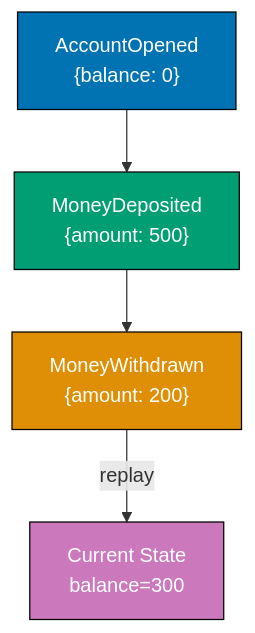
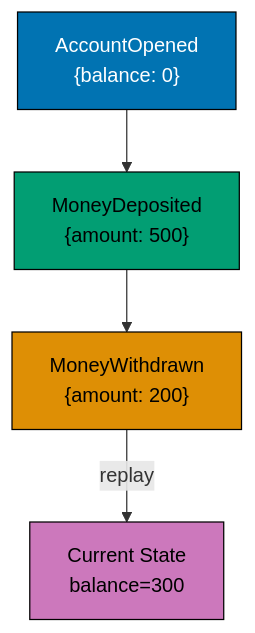
Diagram 11 of 18 in apps/ayokoding-www/content/en/learn/legacy/software-engineering/software-architecture/patterns-and-principles/in-oop-by-example/advanced.md (wahidyankf/ose-public), drawn with Mermaid before and after one commit. The commit also changed other lines of this file and 78 other files, not shown here.

First line of the commit message:
fix(mermaid): bring the remaining legacy software-engineering diagrams onto the accessible palette

````diff
--- a/apps/ayokoding-www/content/en/learn/legacy/software-engineering/software-architecture/patterns-and-principles/in-oop-by-example/advanced.md
+++ b/apps/ayokoding-www/content/en/learn/legacy/software-engineering/software-architecture/patterns-and-principles/in-oop-by-example/advanced.md
@@ -3386,14 +3440,21 @@
 ```mermaid
 graph TD
+    accTitle: Example 70: Event Sourcing Implementation
+    accDescr: Graph with 4 nodes and 3 connections. Nodes: AccountOpened balance: 0, MoneyDeposited amount: 500, MoneyWithdrawn amount: 200, Current State balance=300. Connections: AccountOpened balance: 0 to MoneyDeposited amount: 500, MoneyDeposited amount: 500 to MoneyWithdrawn amount: 200, MoneyWithdrawn amount: 200 to Current State balance=300 (replay).
     E1["AccountOpened<br/>{balance: 0}"]
     E2["MoneyDeposited<br/>{amount: 500}"]
     E3["MoneyWithdrawn<br/>{amount: 200}"]
     E4["Current State<br/>balance=300"]
 
     E1 --> E2 --> E3 -->|replay| E4
 
-    style E1 fill:#0173B2,stroke:#000,color:#fff
-    style E2 fill:#029E73,stroke:#000,color:#fff
-    style E3 fill:#DE8F05,stroke:#000,color:#fff
-    style E4 fill:#CC78BC,stroke:#000,color:#fff
+    classDef pal-0173B2 fill:#0173B2,stroke:#000000,color:#FFFFFF
+    class E1 pal-0173B2
+    classDef pal-029E73 fill:#029E73,stroke:#000000,color:#000000
+    class E2 pal-029E73
+    classDef pal-DE8F05 fill:#DE8F05,stroke:#000000,color:#000000
+    class E3 pal-DE8F05
+    classDef pal-CC78BC fill:#CC78BC,stroke:#000000,color:#000000
+    class E4 pal-CC78BC
+    classDef default fill:#FFFFFF,stroke:#000000,color:#000000
 ```
````
